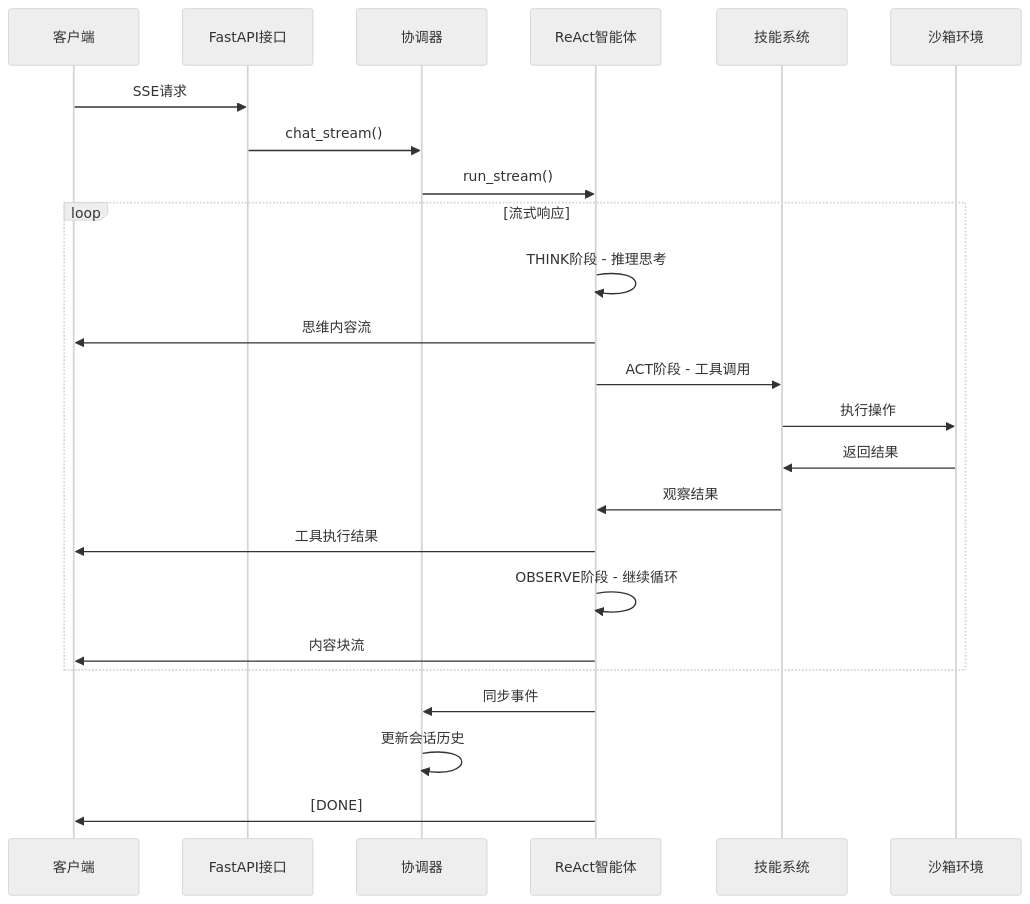
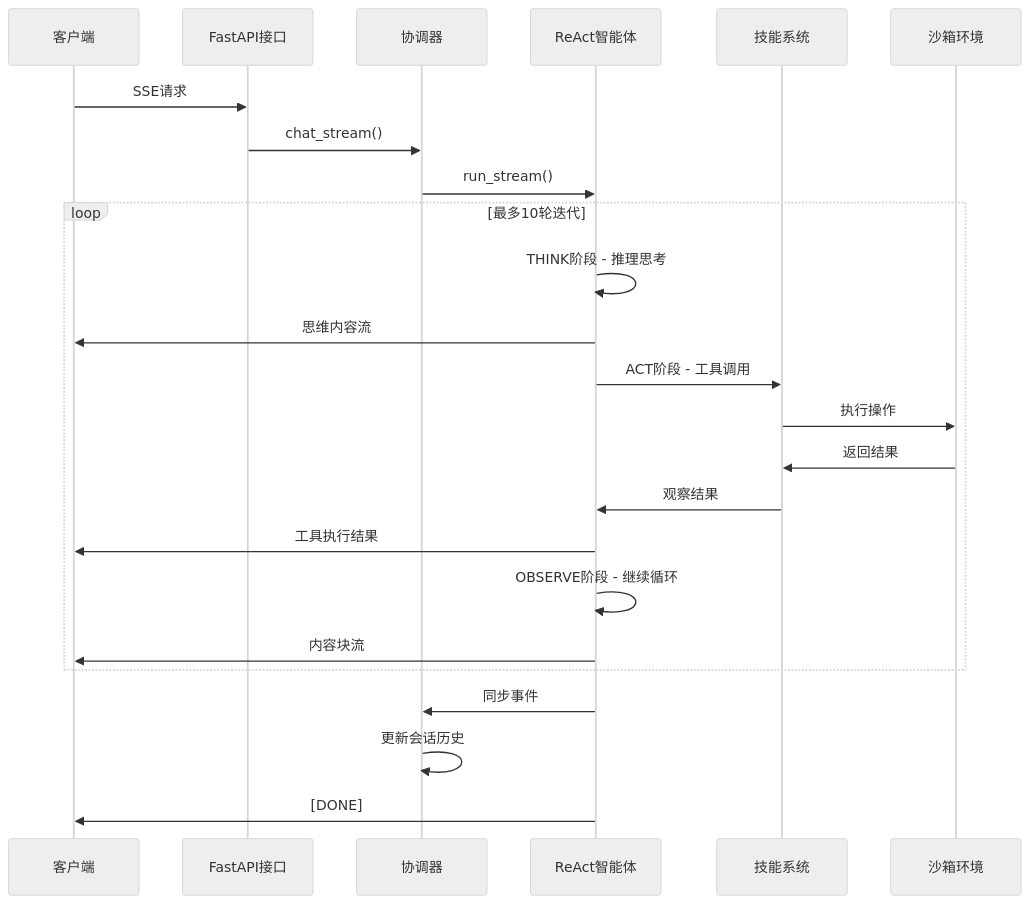
The third of 14 diagrams in .qoder/repowiki/zh/content/智能体系统/ReAct 智能体/ReAct智能体流式增强.md (zhangdahai112/LocalManus), drawn with Mermaid (neutral theme) before and after one commit. The commit also changed other lines of this file and 4 other files, not shown here.

````diff
--- a/.qoder/repowiki/zh/content/智能体系统/ReAct 智能体/ReAct智能体流式增强.md
+++ b/.qoder/repowiki/zh/content/智能体系统/ReAct 智能体/ReAct智能体流式增强.md
@@ -150,26 +155,26 @@
 ```mermaid
 sequenceDiagram
 participant Client as 客户端
 participant API as FastAPI接口
 participant Orchestrator as 协调器
 participant ReAct as ReAct智能体
 participant Skill as 技能系统
 participant Sandbox as 沙箱环境
 Client->>API : SSE请求
 API->>Orchestrator : chat_stream()
 Orchestrator->>ReAct : run_stream()
-loop 流式响应
+loop 最多10轮迭代
 ReAct->>ReAct : THINK阶段 - 推理思考
 ReAct->>Client : 思维内容流
 ReAct->>Skill : ACT阶段 - 工具调用
 Skill->>Sandbox : 执行操作
 Sandbox->>Skill : 返回结果
 Skill->>ReAct : 观察结果
 ReAct->>Client : 工具执行结果
 ReAct->>ReAct : OBSERVE阶段 - 继续循环
 ReAct->>Client : 内容块流
 end
 ReAct->>Orchestrator : 同步事件
 Orchestrator->>Orchestrator : 更新会话历史
 ReAct->>Client : [DONE]
 ```
````
